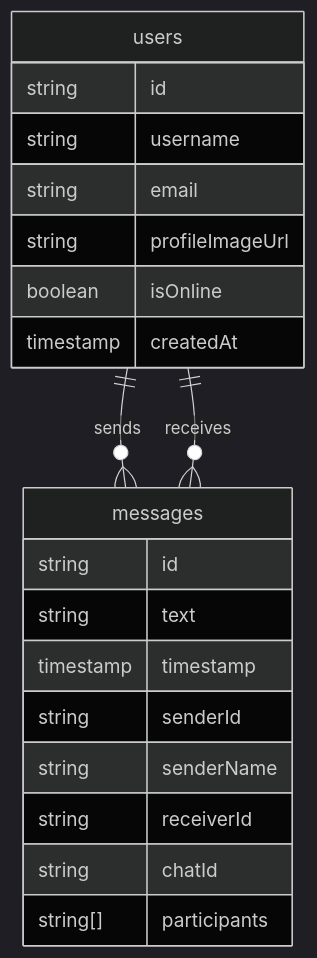
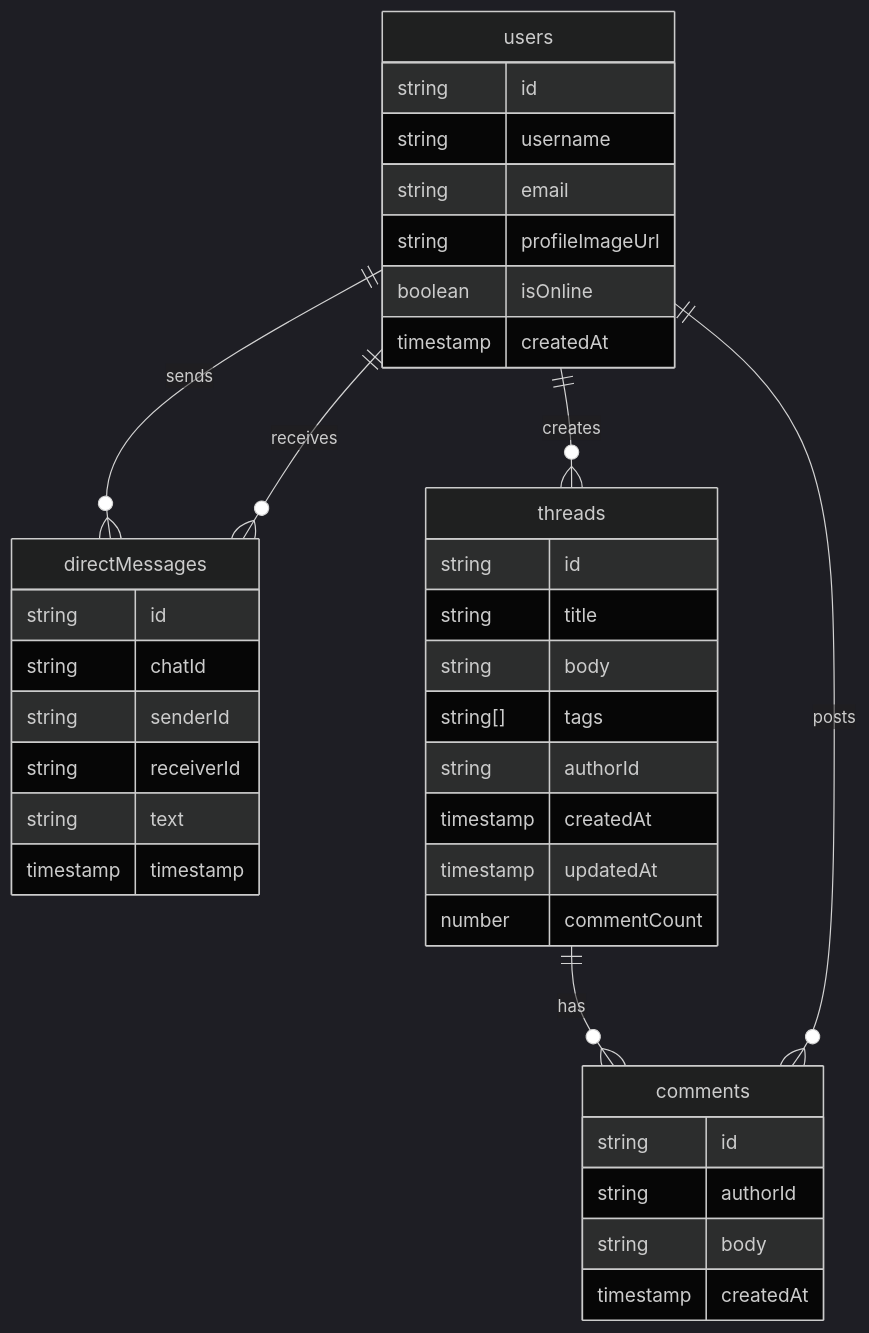
Before and after one commit to ohikouta/vue-chat: the diagram in docs/db/firestore.md, drawn with Mermaid (dark theme). The commit also changed other lines of this file and 2 other files, not shown here.

Commit message:
Define threads/comments/directMessages Firestore schema, rules, and indexes

````diff
--- a/docs/db/firestore.md
+++ b/docs/db/firestore.md
@@ -15,26 +94,44 @@
 ```mermaid
 erDiagram
-users ||--o{ messages : sends
-users ||--o{ messages : receives
+    users ||--o{ directMessages : "sends"
+    users ||--o{ directMessages : "receives"
+    users ||--o{ threads : "creates"
+    threads ||--o{ comments : "has"
+    users ||--o{ comments : "posts"
 
-users {
-    string id
-    string username
-    string email
-    string profileImageUrl
-    boolean isOnline
-    timestamp createdAt
-}
+    users {
+        string id
+        string username
+        string email
+        string profileImageUrl
+        boolean isOnline
+        timestamp createdAt
+    }
 
-messages {
-    string id
-    string text
-    timestamp timestamp
-    string senderId
-    string senderName
-    string receiverId
-    string chatId
-    string[] participants
-}
+    directMessages {
+        string id
+        string chatId
+        string senderId
+        string receiverId
+        string text
+        timestamp timestamp
+    }
 
+    threads {
+        string id
+        string title
+        string body
+        string[] tags
+        string authorId
+        timestamp createdAt
+        timestamp updatedAt
+        number commentCount
+    }
+
+    comments {
+        string id
+        string authorId
+        string body
+        timestamp createdAt
+    }
 ```
````
